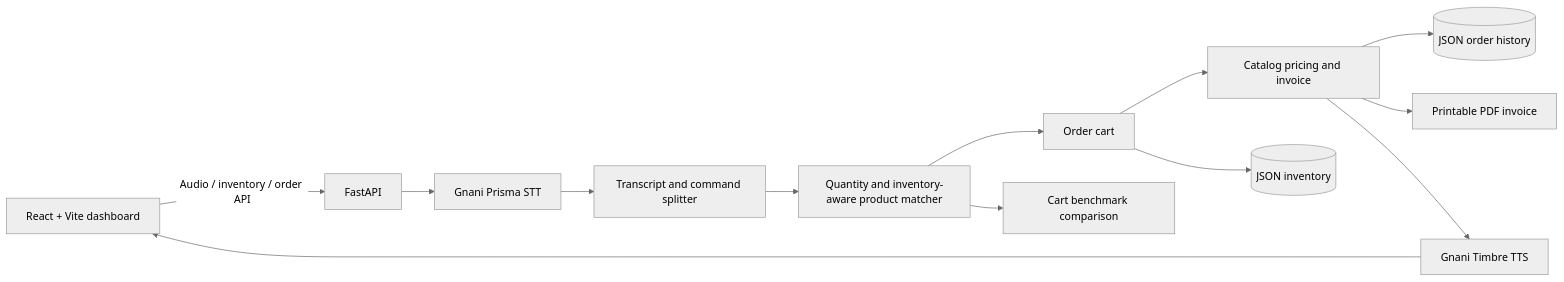
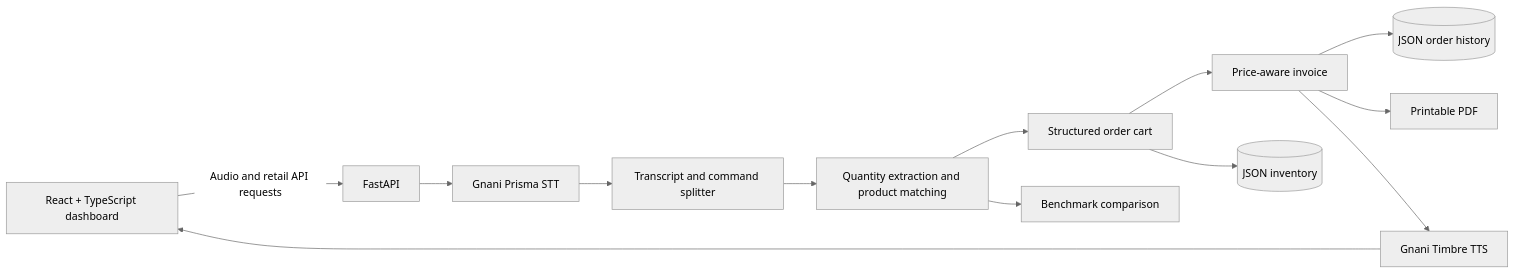
The diagram in README.md (Altamashazam7/bharat-bazaar-voiceos), drawn with Mermaid (neutral theme) before and after one commit. The commit also changed other lines of this file and 5 other files, not shown here.

````diff
--- a/README.md
+++ b/README.md
@@ -25,15 +46,15 @@
 ```mermaid
 flowchart LR
-    Browser[React + Vite dashboard] -->|Audio / inventory / order API| API[FastAPI]
-    API --> STT[Gnani Prisma STT]
-    STT --> Split[Transcript and command splitter]
-    Split --> Parser[Quantity and inventory-aware product matcher]
-    Parser --> Cart[Order cart]
-    Cart --> Pricing[Catalog pricing and invoice]
-    Pricing --> History[(JSON order history)]
-    Cart --> Stock[(JSON inventory)]
-    Pricing --> PDF[Printable PDF invoice]
-    Pricing --> TTS[Gnani Timbre TTS]
+    Browser["React + TypeScript dashboard"] -->|"Audio and retail API requests"| API["FastAPI"]
+    API --> STT["Gnani Prisma STT"]
+    STT --> Split["Transcript and command splitter"]
+    Split --> Parse["Quantity extraction and product matching"]
+    Parse --> Cart["Structured order cart"]
+    Cart --> Invoice["Price-aware invoice"]
+    Invoice --> History[("JSON order history")]
+    Cart --> Stock[("JSON inventory")]
+    Invoice --> PDF["Printable PDF"]
+    Invoice --> TTS["Gnani Timbre TTS"]
     TTS --> Browser
-    Parser --> Benchmark[Cart benchmark comparison]
+    Parse --> Evaluation["Benchmark comparison"]
 ```
````
